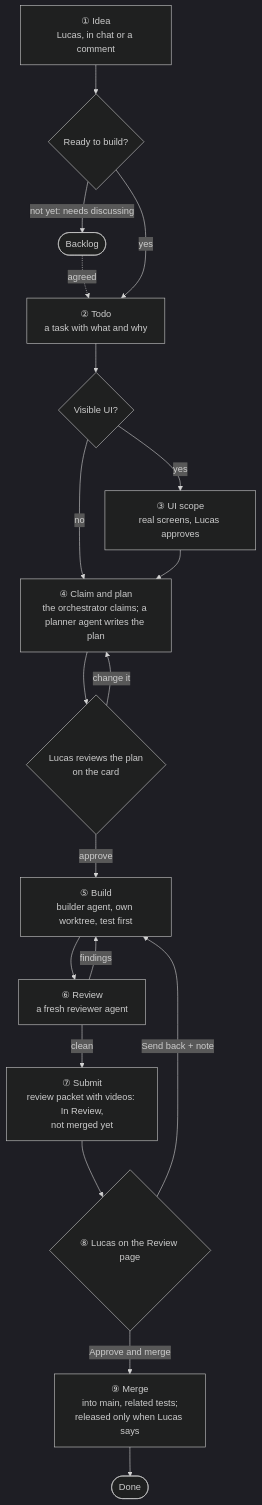
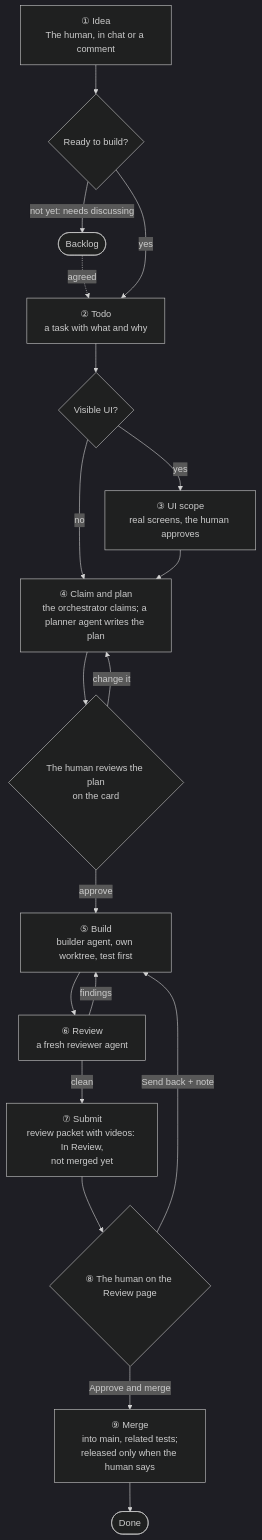
Before and after one commit to lnmunhoz/cello: the first of 5 diagrams in docs/feature-lifecycle.md, drawn with Mermaid (dark theme). The commit also changed other lines of this file and 17 other files, not shown here.

First line of the commit message:
docs: agents say "the human", not Lucas; the unknown user is "Human" (CEL-182)

````diff
--- a/docs/feature-lifecycle.md
+++ b/docs/feature-lifecycle.md
@@ -12,21 +12,21 @@
 ```mermaid
 flowchart TD
-    A["① Idea<br/>Lucas, in chat or a comment"] --> B{"Ready to build?"}
+    A["① Idea<br/>The human, in chat or a comment"] --> B{"Ready to build?"}
     B -->|"not yet: needs discussing"| BL(["Backlog"])
     BL -.->|"agreed"| T
     B -->|yes| T["② Todo<br/>a task with what and why"]
     T --> S{"Visible UI?"}
-    S -->|yes| SC["③ UI scope<br/>real screens, Lucas approves"]
+    S -->|yes| SC["③ UI scope<br/>real screens, the human approves"]
     S -->|no| C
     SC --> C["④ Claim and plan<br/>the orchestrator claims; a planner agent writes the plan"]
-    C --> PA{"Lucas reviews the plan<br/>on the card"}
+    C --> PA{"The human reviews the plan<br/>on the card"}
     PA -->|"change it"| C
     PA -->|approve| BU["⑤ Build<br/>builder agent, own worktree, test first"]
     BU --> RV["⑥ Review<br/>a fresh reviewer agent"]
     RV -->|findings| BU
     RV -->|clean| P["⑦ Submit<br/>review packet with videos: In Review,<br/>not merged yet"]
-    P --> L{"⑧ Lucas on the Review page"}
-    L -->|"Approve and merge"| M["⑨ Merge<br/>into main, related tests;<br/>released only when Lucas says"]
+    P --> L{"⑧ The human on the Review page"}
+    L -->|"Approve and merge"| M["⑨ Merge<br/>into main, related tests;<br/>released only when the human says"]
     M --> D(["Done"])
     L -->|"Send back + note"| BU
 ```
````
